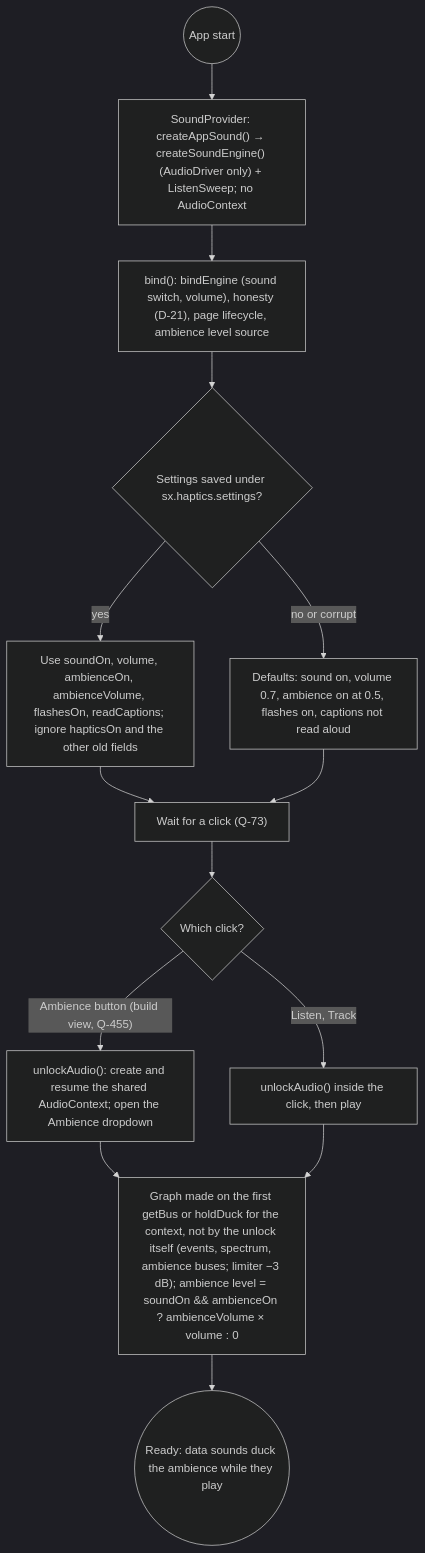
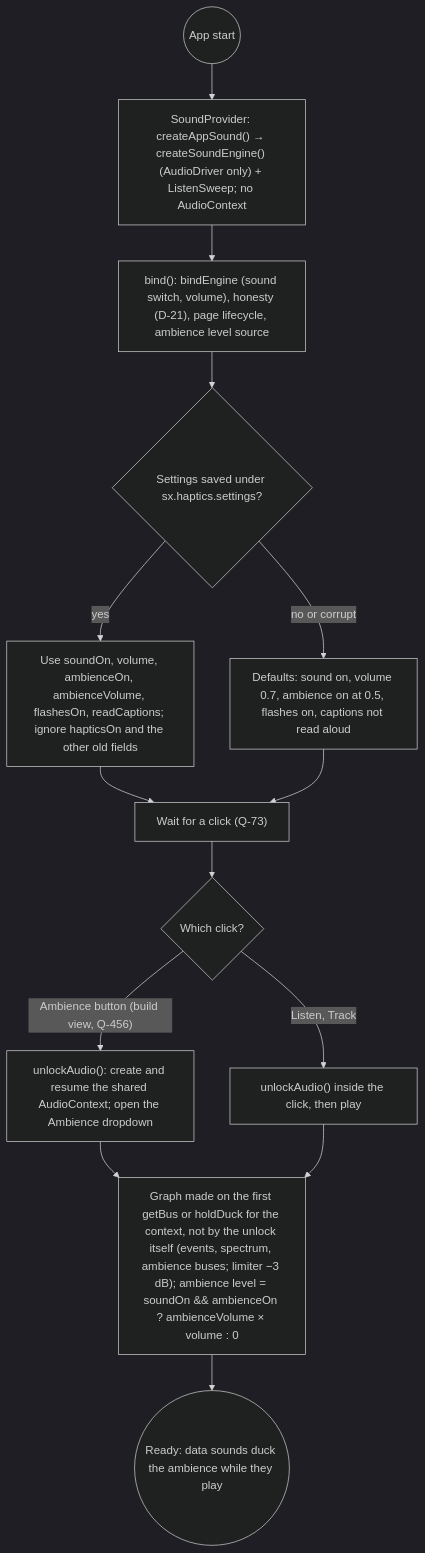
Before and after one commit to 0ffrian/SphereX: the diagram in docs/uml/19-activity-haptic-driver-select.md, drawn with Mermaid (dark theme). The commit also changed 22 other files, not shown here.

First line of the commit message:
Renumber the build view decisions to Q-456 and Q-457 (issue #130 took Q-455)

````diff
--- a/docs/uml/19-activity-haptic-driver-select.md
+++ b/docs/uml/19-activity-haptic-driver-select.md
@@ -7,16 +7,16 @@
 ```mermaid
 flowchart TD
   Start(("App start")) --> Provider["SoundProvider: createAppSound() → createSoundEngine() (AudioDriver only) + ListenSweep; no AudioContext"]
   Provider --> Bind["bind(): bindEngine (sound switch, volume), honesty (D-21), page lifecycle, ambience level source"]
   Bind --> Load{"Settings saved under sx.haptics.settings?"}
   Load -->|yes| Saved["Use soundOn, volume, ambienceOn, ambienceVolume, flashesOn, readCaptions; ignore hapticsOn and the other old fields"]
   Load -->|"no or corrupt"| Defaults["Defaults: sound on, volume 0.7, ambience on at 0.5, flashes on, captions not read aloud"]
   Saved --> Wait
   Defaults --> Wait
   Wait["Wait for a click (Q-73)"] --> Click{"Which click?"}
-  Click -->|"Ambience button (build view, Q-455)"| Unlock["unlockAudio(): create and resume the shared AudioContext; open the Ambience dropdown"]
+  Click -->|"Ambience button (build view, Q-456)"| Unlock["unlockAudio(): create and resume the shared AudioContext; open the Ambience dropdown"]
   Click -->|"Listen, Track"| Unlock2["unlockAudio() inside the click, then play"]
   Unlock --> Graph["Graph made on the first getBus or holdDuck for the context, not by the unlock itself (events, spectrum, ambience buses; limiter −3 dB); ambience level = soundOn && ambienceOn ? ambienceVolume × volume : 0"]
   Unlock2 --> Graph
   Graph --> Ready(("Ready: data sounds duck the ambience while they play"))
 ```
````
